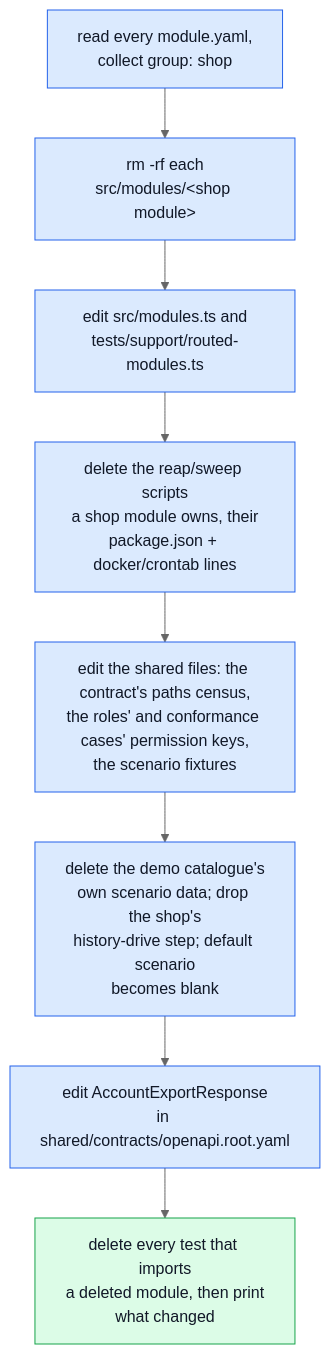
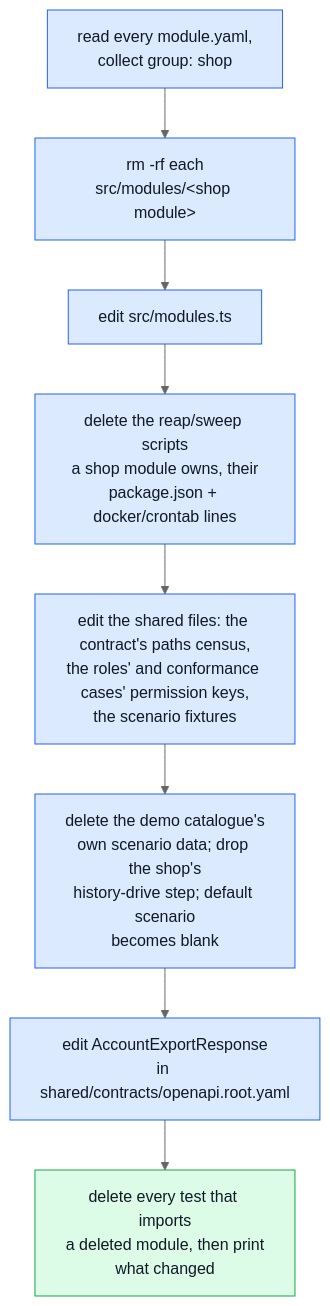
Before and after one commit to Guebbit/boilerplate-node-backend: the diagram in docs/getting-started-new-project.md, drawn with Mermaid (neutral theme). The commit also changed other lines of this file and 9 other files, not shown here.

````diff
--- a/docs/getting-started-new-project.md
+++ b/docs/getting-started-new-project.md
@@ -38,15 +36,15 @@
 ```mermaid
 flowchart TD
     Names["read every module.yaml,\ncollect group: shop"] --> Folders["rm -rf each\nsrc/modules/&lt;shop module&gt;"]
-    Folders --> Registry["edit src/modules.ts and\ntests/support/routed-modules.ts"]
+    Folders --> Registry["edit src/modules.ts"]
     Registry --> Ops["delete the reap/sweep scripts\na shop module owns, their\npackage.json + docker/crontab lines"]
     Ops --> Shared["edit the shared files: the contract's paths census,\nthe roles' and conformance cases' permission keys,\nthe scenario fixtures"]
     Shared --> Scenario["delete the demo catalogue's\nown scenario data; drop the shop's\nhistory-drive step; default scenario\nbecomes blank"]
     Scenario --> Contract["edit AccountExportResponse\nin shared/contracts/openapi.root.yaml"]
     Contract --> Report["delete every test that imports\na deleted module, then print\nwhat changed"]
 
     classDef step fill:#dbeafe,stroke:#2563eb,color:#111827;
     classDef done fill:#dcfce7,stroke:#16a34a,color:#111827;
     class Names,Folders,Registry,Ops,Shared,Scenario,Contract step;
     class Report done;
 ```
````
